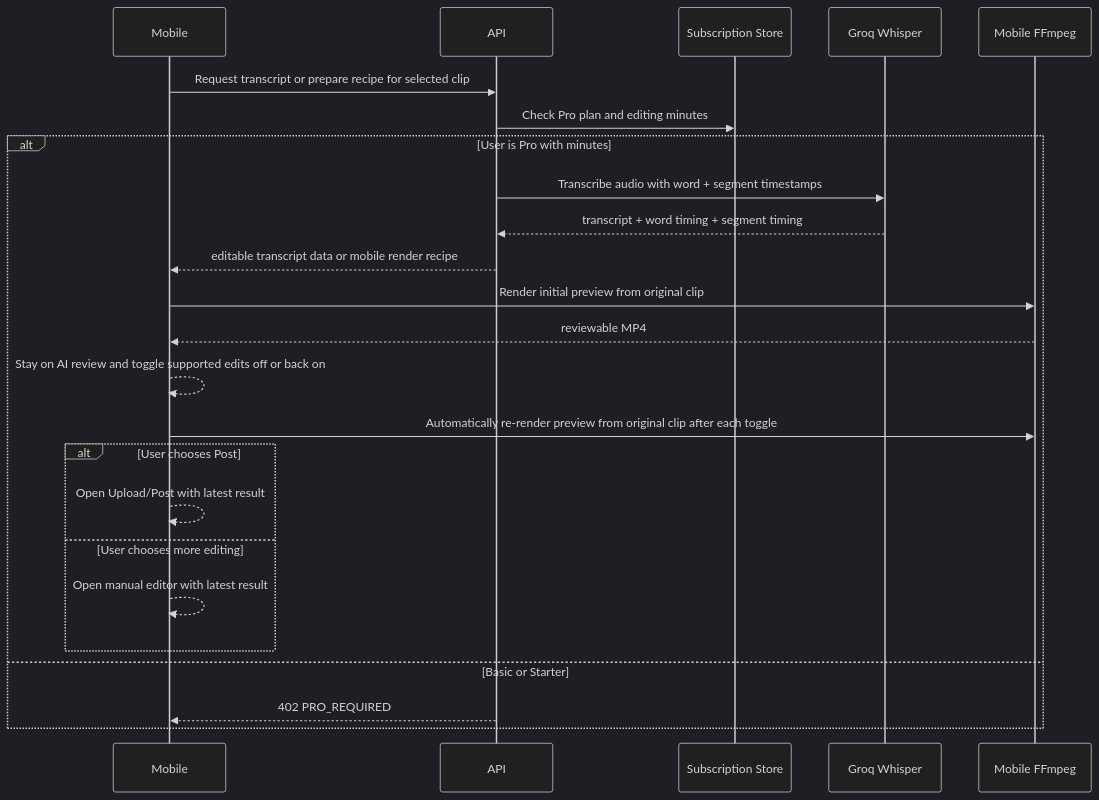
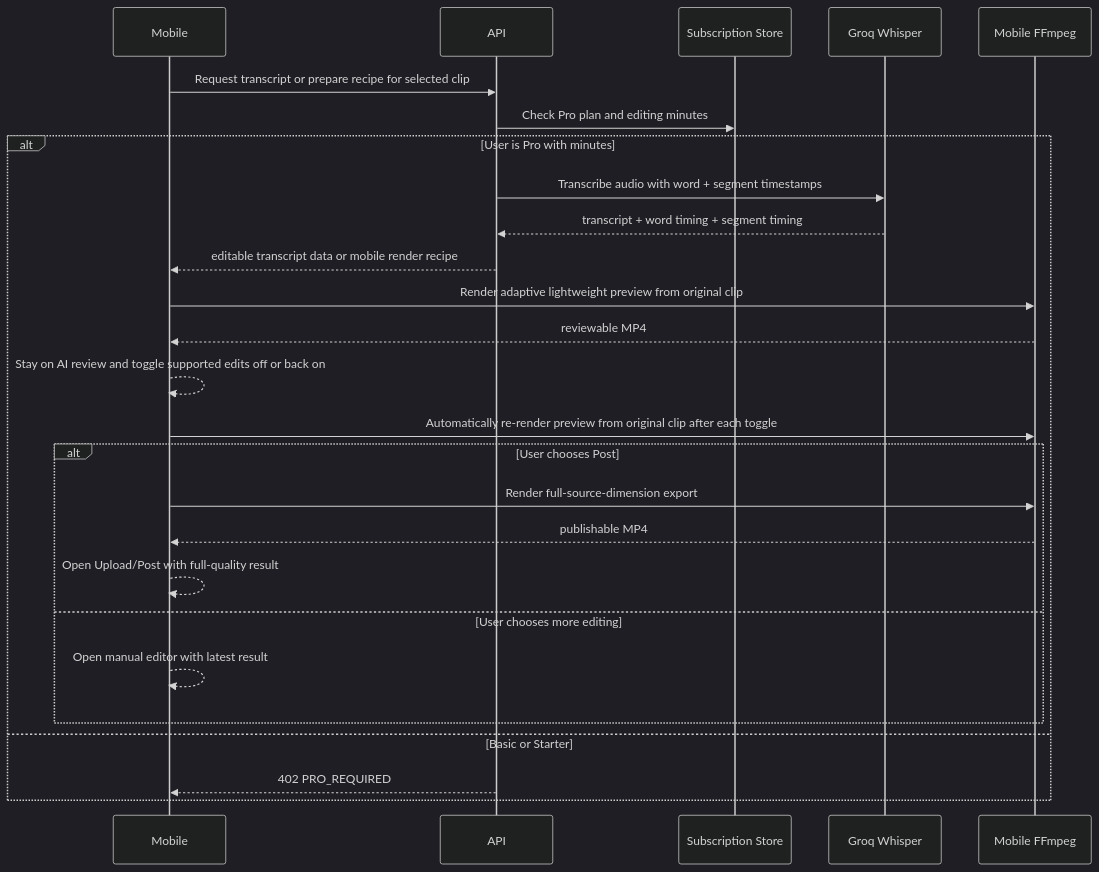
Before and after one commit to NOI56/PostDeeMobile: the seventh of 8 diagrams in ARCHITECTURE.md, drawn with Mermaid (dark theme). The commit also changed other lines of this file and 9 other files, not shown here.

````diff
--- a/ARCHITECTURE.md
+++ b/ARCHITECTURE.md
@@ -523,27 +523,29 @@
 ```mermaid
 sequenceDiagram
   participant M as Mobile
   participant A as API
   participant Sub as Subscription Store
   participant W as Groq Whisper
   participant F as Mobile FFmpeg
 
   M->>A: Request transcript or prepare recipe for selected clip
   A->>Sub: Check Pro plan and editing minutes
   alt User is Pro with minutes
     A->>W: Transcribe audio with word + segment timestamps
     W-->>A: transcript + word timing + segment timing
     A-->>M: editable transcript data or mobile render recipe
-    M->>F: Render initial preview from original clip
+    M->>F: Render adaptive lightweight preview from original clip
     F-->>M: reviewable MP4
     M-->>M: Stay on AI review and toggle supported edits off or back on
     M->>F: Automatically re-render preview from original clip after each toggle
     alt User chooses Post
-      M-->>M: Open Upload/Post with latest result
+      M->>F: Render full-source-dimension export
+      F-->>M: publishable MP4
+      M-->>M: Open Upload/Post with full-quality result
     else User chooses more editing
       M-->>M: Open manual editor with latest result
     end
   else Basic or Starter
     A-->>M: 402 PRO_REQUIRED
   end
 ```
````
